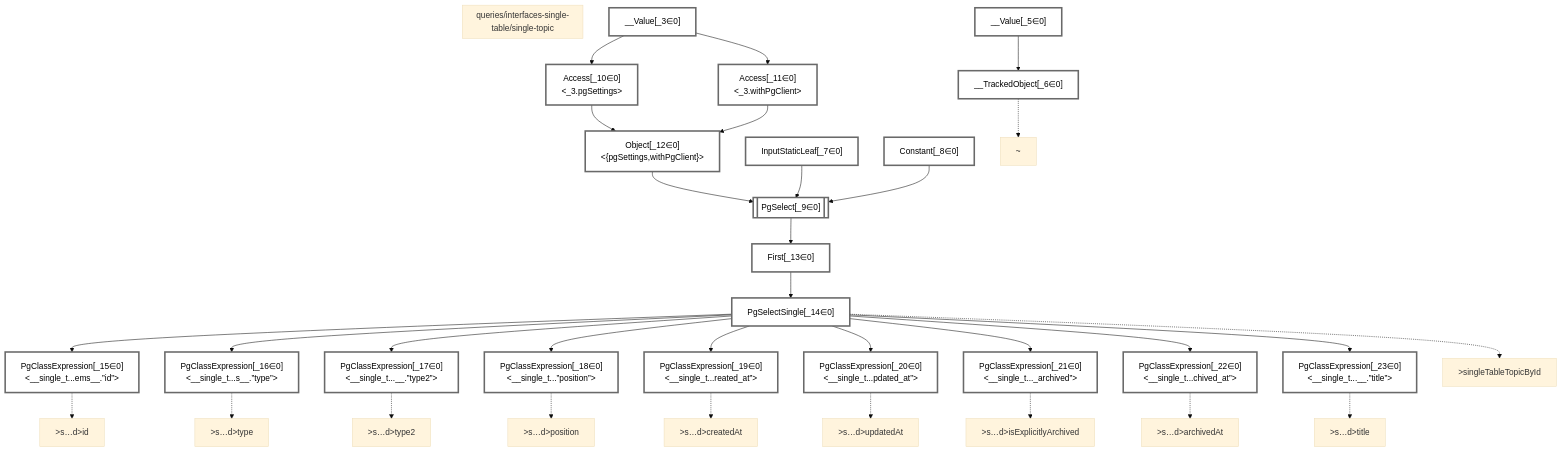
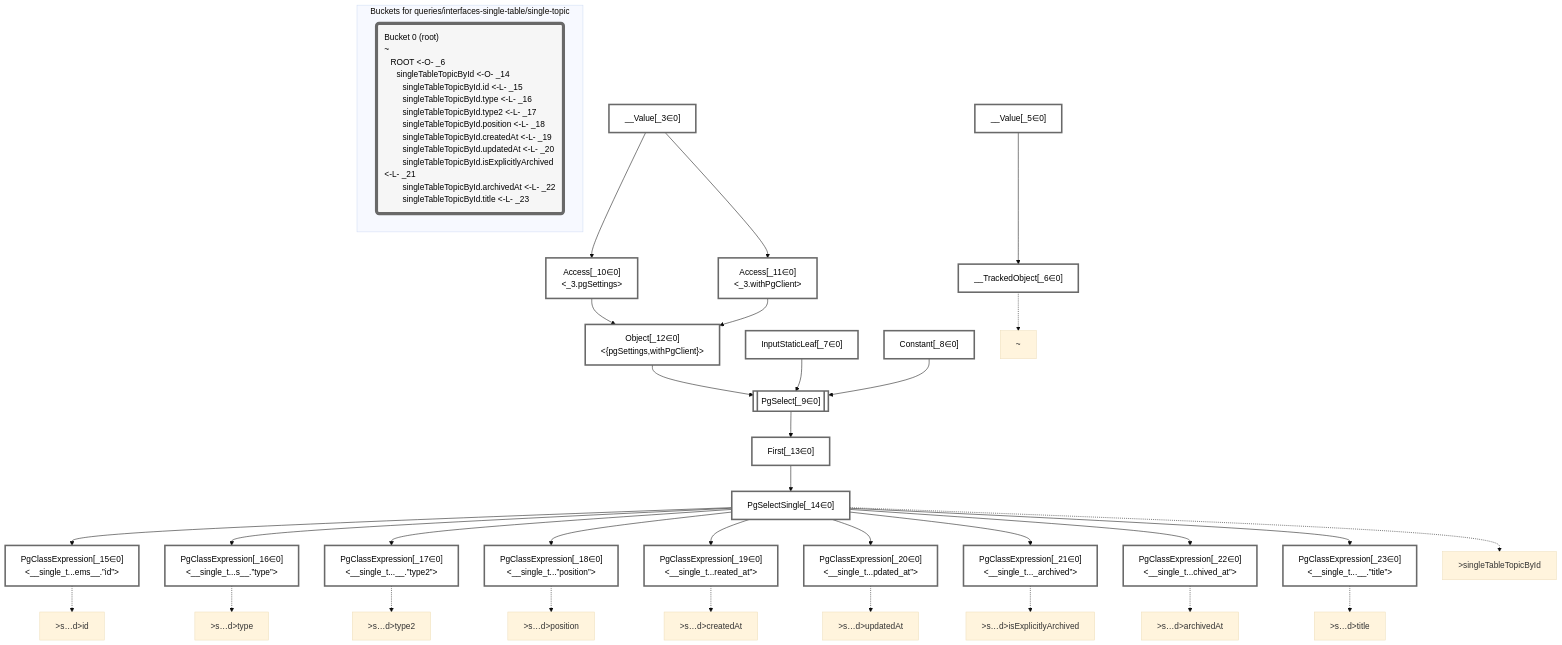
Before and after one commit to graphile/crystal: the diagram in packages/dataplan-pg/__tests__/queries/interfaces-single-table/single-topic.deopt.mermaid.md, drawn with Mermaid (base theme). The commit also changed 37 other files, not shown here.

````diff
--- a/packages/dataplan-pg/__tests__/queries/interfaces-single-table/single-topic.deopt.mermaid.md
+++ b/packages/dataplan-pg/__tests__/queries/interfaces-single-table/single-topic.deopt.mermaid.md
@@ -1,7 +1,5 @@
 ```mermaid
 graph TD
-    subgraph "queries/interfaces-single-table/single-topic"
-    end
     classDef path fill:#eee,stroke:#000,color:#000
     classDef plan fill:#fff,stroke-width:3px,color:#000
     classDef itemplan fill:#fff,stroke-width:6px,color:#000
@@ -79,4 +77,9 @@
     %% allocate buckets
     classDef bucket0 stroke:#696969
     class __Value_3,__Value_5,__TrackedObject_6,InputStaticLeaf_7,Constant_8,PgSelect_9,Access_10,Access_11,Object_12,First_13,PgSelectSingle_14,PgClassExpression_15,PgClassExpression_16,PgClassExpression_17,PgClassExpression_18,PgClassExpression_19,PgClassExpression_20,PgClassExpression_21,PgClassExpression_22,PgClassExpression_23 bucket0
+
+    subgraph "Buckets for queries/interfaces-single-table/single-topic"
+    Bucket0("Bucket 0 (root)<br />~<br />⠀ROOT <-O- _6<br />⠀⠀singleTableTopicById <-O- _14<br />⠀⠀⠀singleTableTopicById.id <-L- _15<br />⠀⠀⠀singleTableTopicById.type <-L- _16<br />⠀⠀⠀singleTableTopicById.type2 <-L- _17<br />⠀⠀⠀singleTableTopicById.position <-L- _18<br />⠀⠀⠀singleTableTopicById.createdAt <-L- _19<br />⠀⠀⠀singleTableTopicById.updatedAt <-L- _20<br />⠀⠀⠀singleTableTopicById.isExplicitlyArchived <-L- _21<br />⠀⠀⠀singleTableTopicById.archivedAt <-L- _22<br />⠀⠀⠀singleTableTopicById.title <-L- _23"):::bucket
+    style Bucket0 stroke:#696969
+    end
 ```
````
